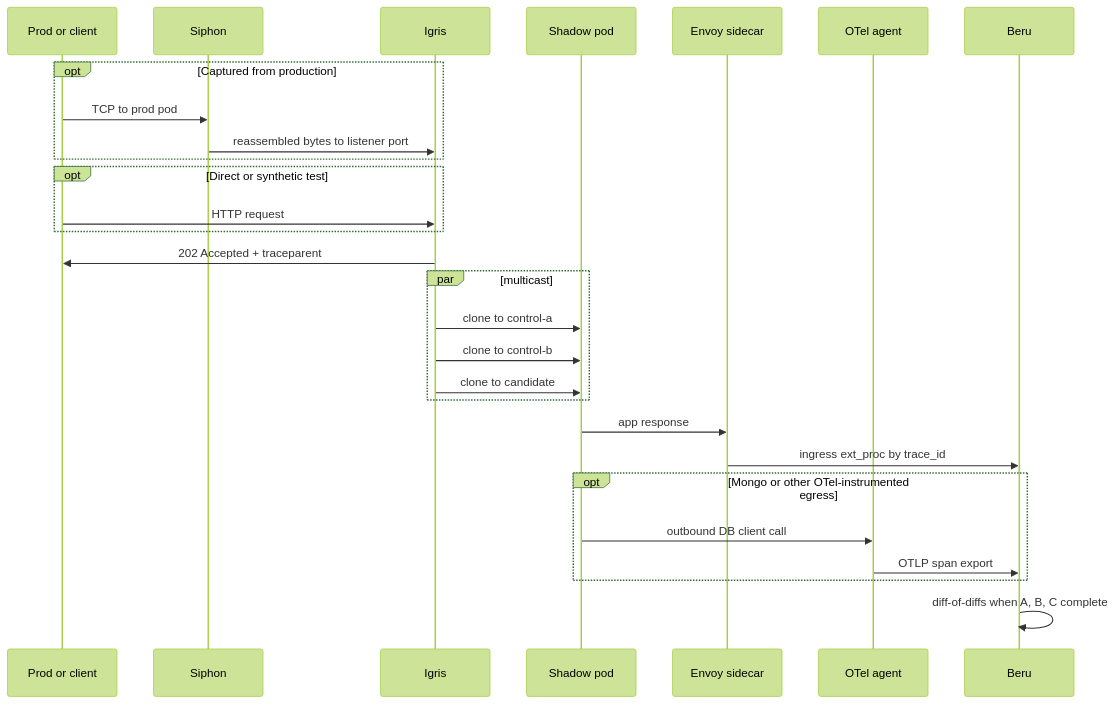
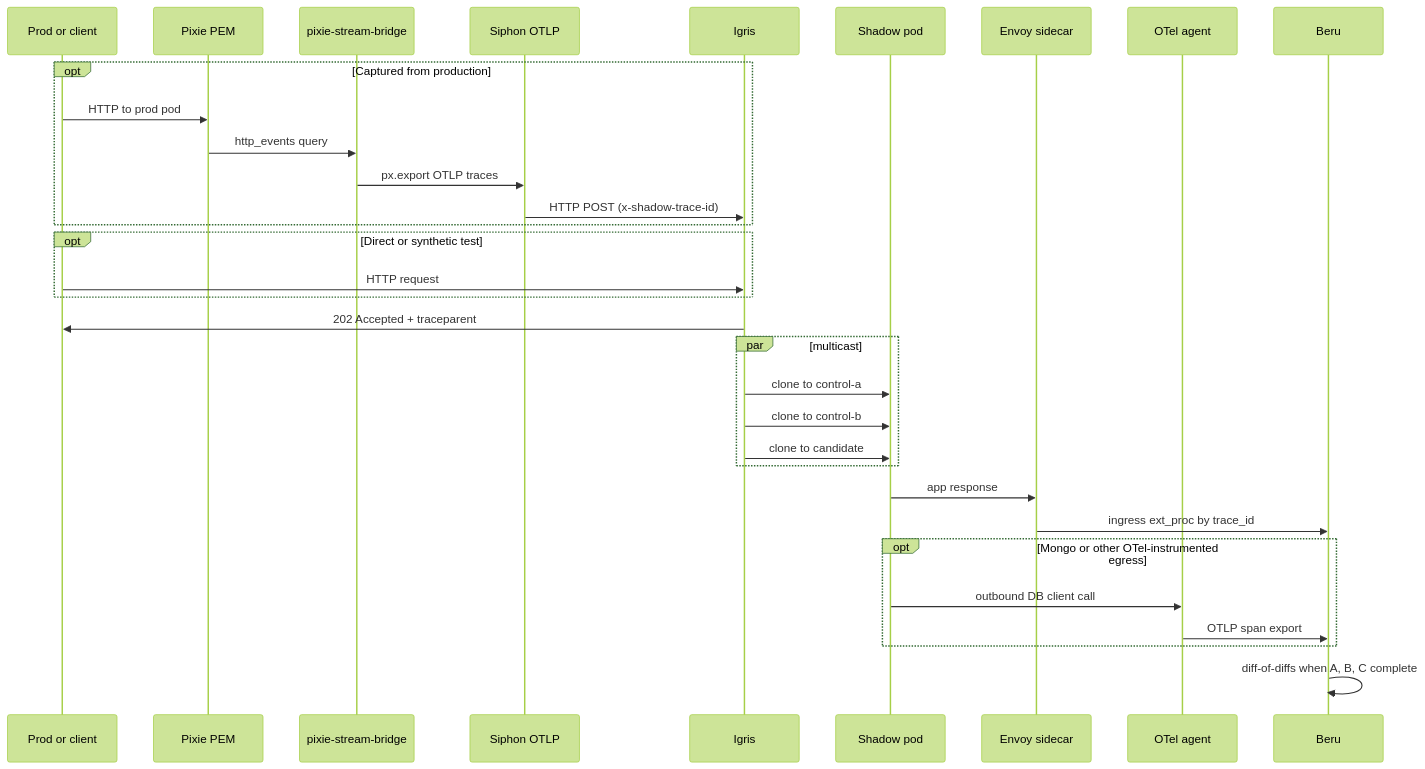
The third of 5 diagrams in docs/architecture/ARCHITECTURE.md (nederrgo/shadow-diff), drawn with Mermaid (forest theme) before and after one commit. The commit also changed other lines of this file and 78 other files, not shown here.

````diff
--- a/docs/architecture/ARCHITECTURE.md
+++ b/docs/architecture/ARCHITECTURE.md
@@ -253,31 +258,35 @@
 ```mermaid
 sequenceDiagram
   participant P as Prod or client
-  participant S as Siphon
+  participant Pix as Pixie PEM
+  participant Br as pixie-stream-bridge
+  participant S as Siphon OTLP
   participant I as Igris
   participant Sh as Shadow pod
   participant E as Envoy sidecar
   participant O as OTel agent
   participant B as Beru
 
   opt Captured from production
-    P->>S: TCP to prod pod
-    S->>I: reassembled bytes to listener port
+    P->>Pix: HTTP to prod pod
+    Pix->>Br: http_events query
+    Br->>S: px.export OTLP traces
+    S->>I: HTTP POST (x-shadow-trace-id)
   end
   opt Direct or synthetic test
     P->>I: HTTP request
   end
   I->>P: 202 Accepted + traceparent
   par multicast
     I->>Sh: clone to control-a
     I->>Sh: clone to control-b
     I->>Sh: clone to candidate
   end
   Sh->>E: app response
   E->>B: ingress ext_proc by trace_id
   opt Mongo or other OTel-instrumented egress
     Sh->>O: outbound DB client call
     O->>B: OTLP span export
   end
   B->>B: diff-of-diffs when A, B, C complete
 ```
````
